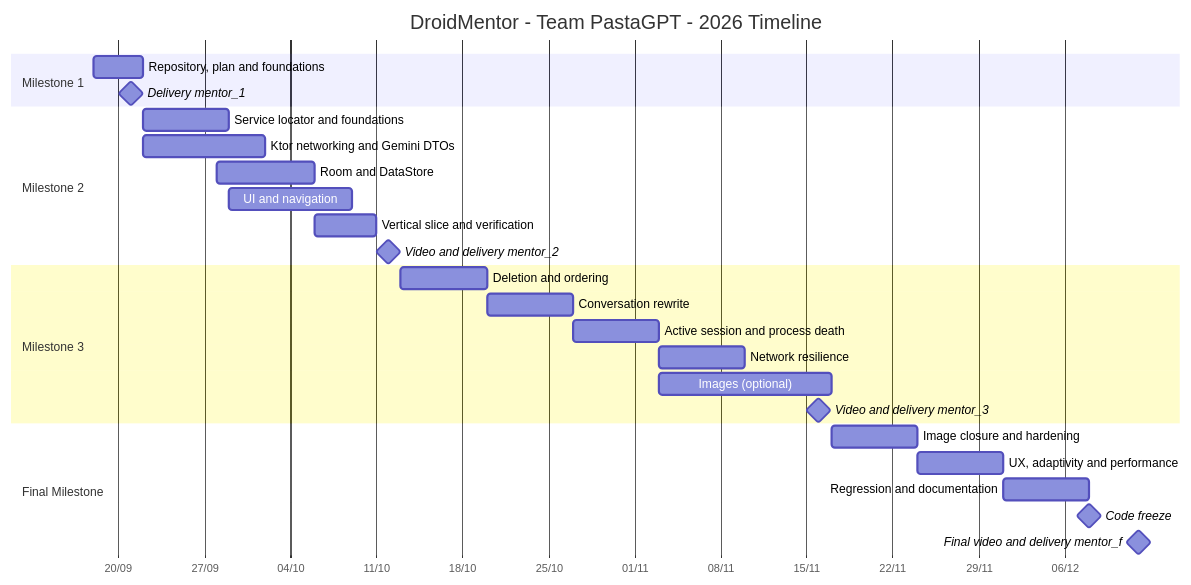
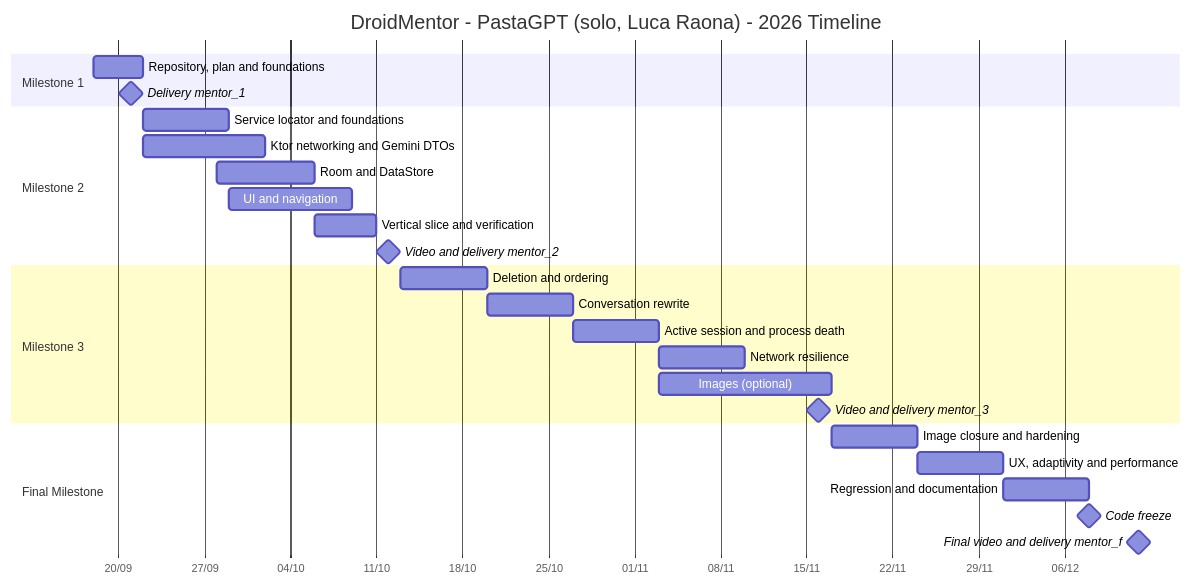
The diagram in PROJECT_PLAN.en.md (Stocca05/PastaGpt), drawn with Mermaid before and after one commit. The commit also changed other lines of this file, not shown here.

Commit message:
Update project plan for solo delivery by Luca Raona

````diff
--- a/PROJECT_PLAN.en.md
+++ b/PROJECT_PLAN.en.md
@@ -277,33 +273,33 @@
 ```mermaid
 gantt
-    title DroidMentor - Team PastaGPT - 2026 Timeline
+    title DroidMentor - PastaGPT (solo, Luca Raona) - 2026 Timeline
     dateFormat YYYY-MM-DD
     axisFormat %d/%m
 
     section Milestone 1
     Repository, plan and foundations    :m1, 2026-09-18, 4d
     Delivery mentor_1                   :milestone, 2026-09-21, 0d
 
     section Milestone 2
     Service locator and foundations     :m2a, 2026-09-22, 7d
     Ktor networking and Gemini DTOs     :m2b, 2026-09-22, 10d
     Room and DataStore                  :m2c, 2026-09-28, 8d
     UI and navigation                   :m2d, 2026-09-29, 10d
     Vertical slice and verification     :m2e, 2026-10-06, 5d
     Video and delivery mentor_2         :milestone, 2026-10-12, 0d
 
     section Milestone 3
     Deletion and ordering               :m3a, 2026-10-13, 7d
     Conversation rewrite                :m3b, 2026-10-20, 7d
     Active session and process death    :m3c, 2026-10-27, 7d
     Network resilience                  :m3d, 2026-11-03, 7d
     Images (optional)                   :m3e, 2026-11-03, 14d
     Video and delivery mentor_3         :milestone, 2026-11-16, 0d
 
     section Final Milestone
     Image closure and hardening         :mfa, 2026-11-17, 7d
     UX, adaptivity and performance      :mfb, 2026-11-24, 7d
     Regression and documentation        :mfc, 2026-12-01, 7d
     Code freeze                         :milestone, 2026-12-08, 0d
     Final video and delivery mentor_f   :milestone, 2026-12-12, 0d
 ```
````
